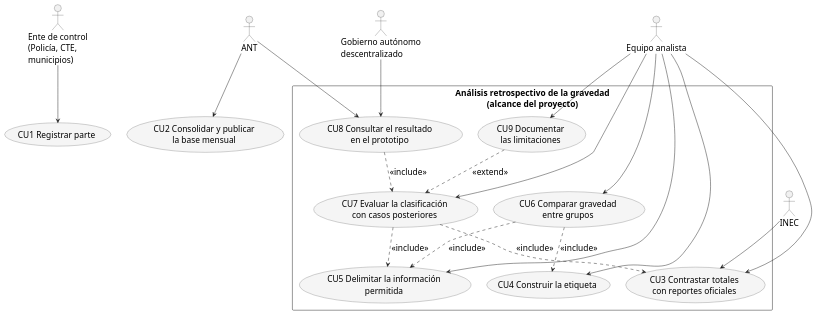
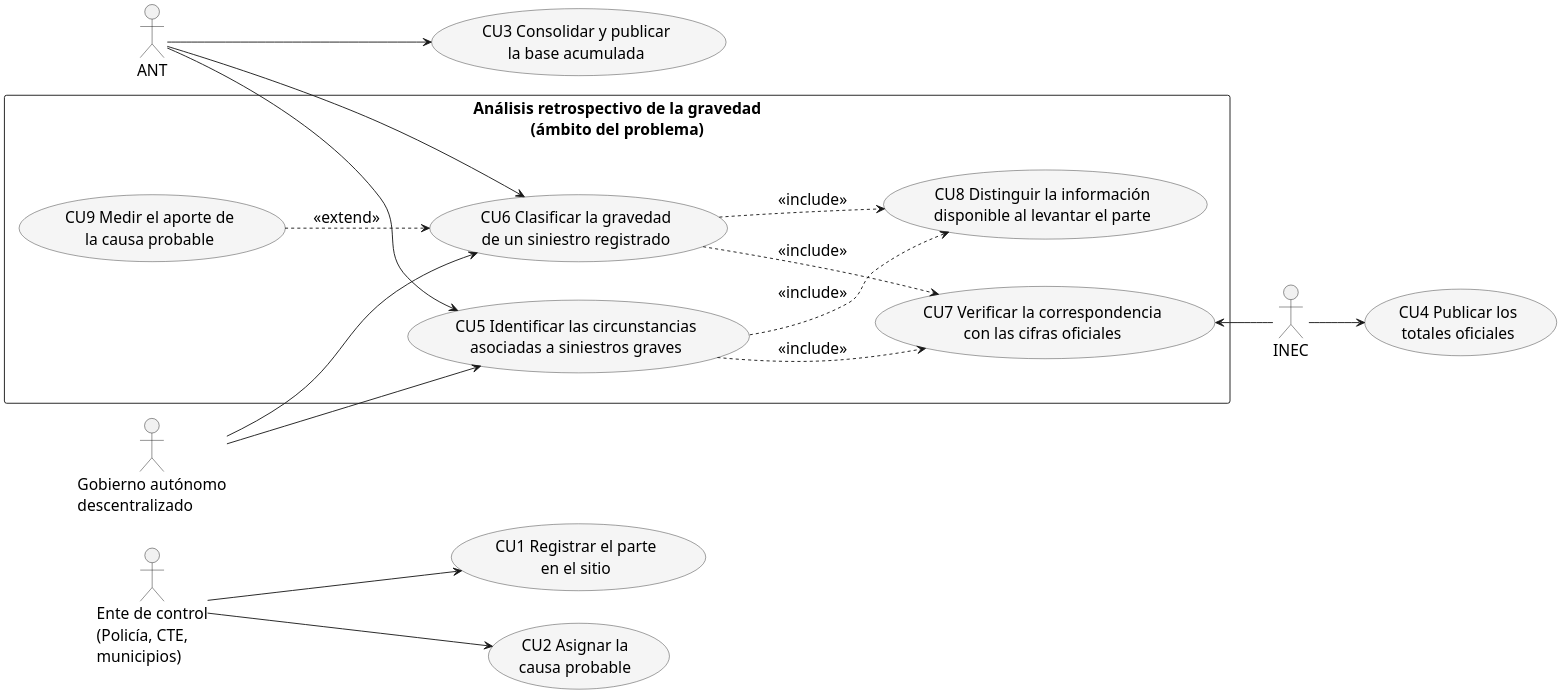
The diagram in tarea3/uml/M1_casos_de_uso.puml (davexat/AI-midterm-project), drawn with PlantUML before and after one commit. The commit also changed 30 other files, not shown here.

```diff
--- a/tarea3/uml/M1_casos_de_uso.puml
+++ b/tarea3/uml/M1_casos_de_uso.puml
@@ -1,49 +1,47 @@
 @startuml M1_casos_de_uso
-' Figura 1: actores y casos de uso. CU1 y CU2 quedan fuera de la frontera
-' porque los ejecutan entes externos; el proyecto consume su resultado.
-skinparam defaultFontSize 19
+' Figura 1: actores del problema y casos de uso. CU1 a CU4 producen el dato;
+' CU5 a CU9 forman el ámbito del análisis retrospectivo de la gravedad.
+skinparam dpi 200
+skinparam defaultFontSize 17
 skinparam shadowing false
 skinparam packageStyle rectangle
+left to right direction
 skinparam usecase {
   BackgroundColor #F5F5F5
   BorderColor #333333
 }
 
 actor "Ente de control\n(Policía, CTE,\nmunicipios)" as EC
 actor "ANT" as ANT
 actor "INEC" as INEC
 actor "Gobierno autónomo\ndescentralizado" as GAD
-actor "Equipo analista" as EQ
 
-usecase "CU1 Registrar parte" as CU1
-usecase "CU2 Consolidar y publicar\nla base mensual" as CU2
+usecase "CU1 Registrar el parte\nen el sitio" as CU1
+usecase "CU2 Asignar la\ncausa probable" as CU2
+usecase "CU3 Consolidar y publicar\nla base acumulada" as CU3
+usecase "CU4 Publicar los\ntotales oficiales" as CU4
 
-rectangle "Análisis retrospectivo de la gravedad\n(alcance del proyecto)" {
-  usecase "CU3 Contrastar totales\ncon reportes oficiales" as CU3
-  usecase "CU4 Construir la etiqueta" as CU4
-  usecase "CU5 Delimitar la información\npermitida" as CU5
-  usecase "CU6 Comparar gravedad\nentre grupos" as CU6
-  usecase "CU7 Evaluar la clasificación\ncon casos posteriores" as CU7
-  usecase "CU8 Consultar el resultado\nen el prototipo" as CU8
-  usecase "CU9 Documentar\nlas limitaciones" as CU9
+rectangle "Análisis retrospectivo de la gravedad\n(ámbito del problema)" {
+  usecase "CU5 Identificar las circunstancias\nasociadas a siniestros graves" as CU5
+  usecase "CU6 Clasificar la gravedad\nde un siniestro registrado" as CU6
+  usecase "CU7 Verificar la correspondencia\ncon las cifras oficiales" as CU7
+  usecase "CU8 Distinguir la información\ndisponible al levantar el parte" as CU8
+  usecase "CU9 Medir el aporte de\nla causa probable" as CU9
 }
 
 EC --> CU1
-ANT --> CU2
-INEC --> CU3
-GAD --> CU8
-ANT --> CU8
-EQ --> CU3
-EQ --> CU4
-EQ --> CU5
-EQ --> CU6
-EQ --> CU7
-EQ --> CU9
+EC --> CU2
+ANT --> CU3
+INEC --> CU4
+ANT --> CU5
+GAD --> CU5
+ANT --> CU6
+GAD --> CU6
+CU7 <-- INEC
 
-CU6 ..> CU4 : <<include>>
-CU6 ..> CU5 : <<include>>
-CU7 ..> CU3 : <<include>>
-CU7 ..> CU5 : <<include>>
-CU8 ..> CU7 : <<include>>
-CU9 ..> CU7 : <<extend>>
+CU5 ..> CU7 : <<include>>
+CU5 ..> CU8 : <<include>>
+CU6 ..> CU7 : <<include>>
+CU6 ..> CU8 : <<include>>
+CU9 ..> CU6 : <<extend>>
 @enduml
```
